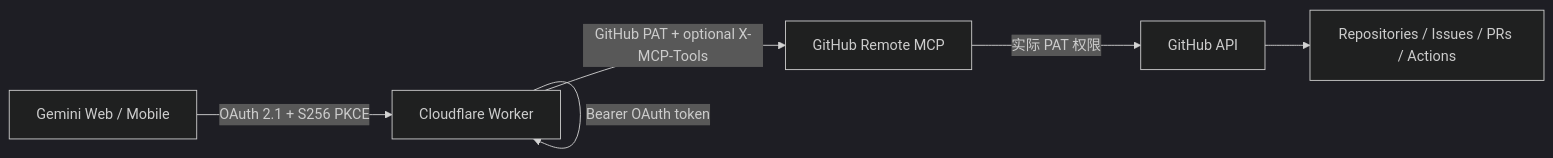
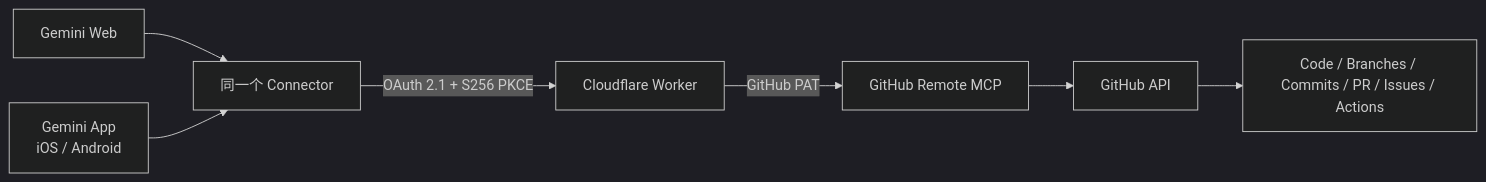
One commit to hrygo/gemini-github-mcp-proxy changed the first of 2 diagrams in README.md. Above: the diagram before and after it, drawn with Mermaid (dark theme). The commit also changed other lines of this file and 3 other files, not shown here.

````diff
--- a/README.md
+++ b/README.md
@@ -182,8 +47,9 @@
 ```mermaid
 flowchart LR
-    G[Gemini Web / Mobile] -->|OAuth 2.1 + S256 PKCE| W[Cloudflare Worker]
-    W -->|Bearer OAuth token| W
-    W -->|GitHub PAT + optional X-MCP-Tools| M[GitHub Remote MCP]
-    M -->|实际 PAT 权限| A[GitHub API]
-    A --> R[Repositories / Issues / PRs / Actions]
+    GW[Gemini Web] --> C[同一个 Connector]
+    GA[Gemini App\niOS / Android] --> C
+    C -->|OAuth 2.1 + S256 PKCE| W[Cloudflare Worker]
+    W -->|GitHub PAT| M[GitHub Remote MCP]
+    M --> A[GitHub API]
+    A --> R[Code / Branches / Commits / PR / Issues / Actions]
 ```
````
